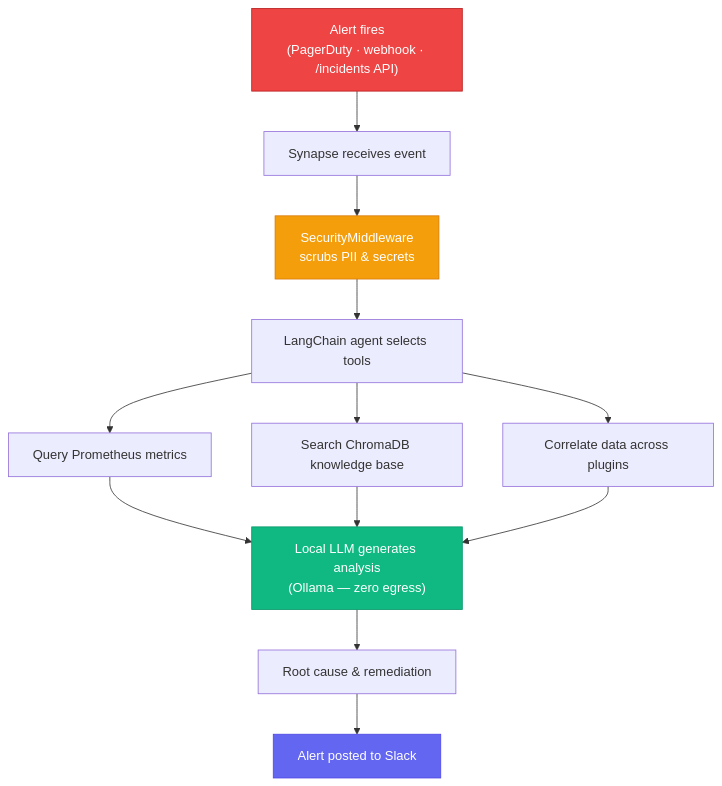
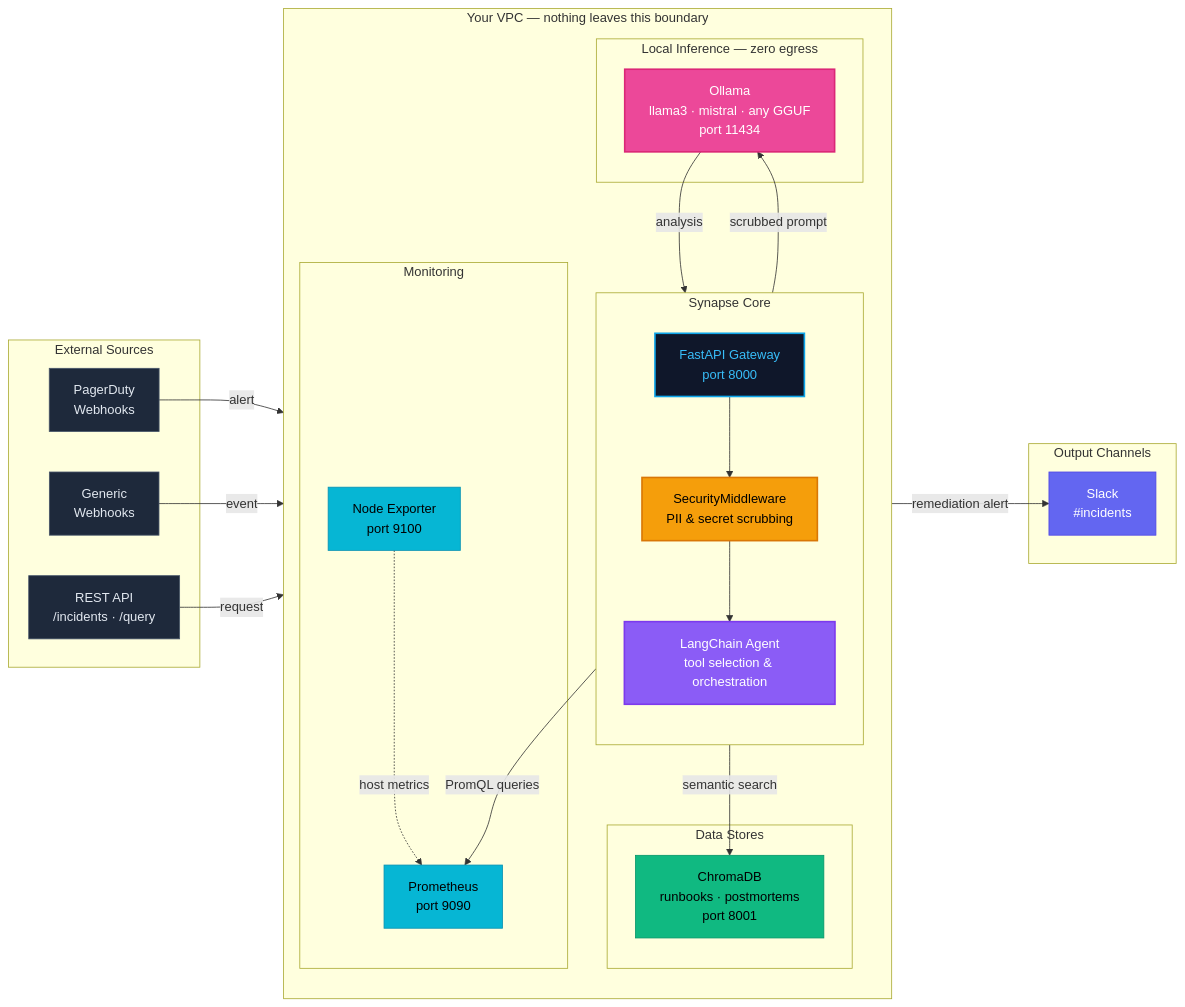
The diagram in README.md (rahulkshinde/synapse), drawn with Mermaid before and after one commit. The commit also changed other lines of this file, not shown here.

````diff
--- a/README.md
+++ b/README.md
@@ -66,19 +73,66 @@
 ```mermaid
-flowchart TD
-    A["Alert fires\n(PagerDuty · webhook · /incidents API)"] --> B["Synapse receives event"]
-    B --> C["SecurityMiddleware\nscrubs PII & secrets"]
-    C --> D["LangChain agent selects tools"]
-    D --> E["Query Prometheus metrics"]
-    D --> F["Search ChromaDB knowledge base"]
-    D --> G["Correlate data across plugins"]
-    E --> H["Local LLM generates analysis\n(Ollama — zero egress)"]
-    F --> H
-    G --> H
-    H --> I["Root cause & remediation"]
-    I --> J["Alert posted to Slack"]
+flowchart LR
+    subgraph EXTERNAL["External Sources"]
+        PD["PagerDuty\nWebhooks"]
+        WH["Generic\nWebhooks"]
+        API["REST API\n/incidents · /query"]
+    end
 
-    style A fill:#ef4444,color:#fff,stroke:#b91c1c
-    style C fill:#f59e0b,color:#fff,stroke:#d97706
-    style H fill:#10b981,color:#fff,stroke:#059669
-    style J fill:#6366f1,color:#fff,stroke:#4f46e5
+    subgraph VPC["Your VPC — nothing leaves this boundary"]
+        direction TB
+
+        subgraph CORE["Synapse Core"]
+            direction TB
+            GW["FastAPI Gateway\nport 8000"]
+            SEC["SecurityMiddleware\nPII & secret scrubbing"]
+            AGENT["LangChain Agent\ntool selection & orchestration"]
+            GW --> SEC --> AGENT
+        end
+
+        subgraph INFRA["Monitoring"]
+            PROM["Prometheus\nport 9090"]
+            NODE["Node Exporter\nport 9100"]
+            NODE -.->|host metrics| PROM
+        end
+
+        subgraph DATA["Data Stores"]
+            CHROMA["ChromaDB\nrunbooks · postmortems\nport 8001"]
+        end
+
+        subgraph LLM["Local Inference — zero egress"]
+            OLLAMA["Ollama\nllama3 · mistral · any GGUF\nport 11434"]
+        end
+
+        AGENT -->|PromQL queries| PROM
+        AGENT -->|semantic search| CHROMA
+        AGENT -->|scrubbed prompt| OLLAMA
+        OLLAMA -->|analysis| AGENT
+    end
+
+    subgraph OUTPUT["Output Channels"]
+        SLACK["Slack\n#incidents"]
+    end
+
+    PD -->|alert| GW
+    WH -->|event| GW
+    API -->|request| GW
+    AGENT -->|remediation alert| SLACK
+
+    classDef external fill:#1e293b,color:#e2e8f0,stroke:#475569,stroke-width:1px
+    classDef core fill:#0f172a,color:#38bdf8,stroke:#0ea5e9,stroke-width:2px
+    classDef security fill:#f59e0b,color:#000,stroke:#d97706,stroke-width:2px
+    classDef agent fill:#8b5cf6,color:#fff,stroke:#7c3aed,stroke-width:2px
+    classDef infra fill:#06b6d4,color:#000,stroke:#0891b2,stroke-width:1px
+    classDef data fill:#10b981,color:#000,stroke:#059669,stroke-width:1px
+    classDef llm fill:#ec4899,color:#fff,stroke:#db2777,stroke-width:2px
+    classDef output fill:#6366f1,color:#fff,stroke:#4f46e5,stroke-width:1px
+
+    class PD,WH,API external
+    class GW core
+    class SEC security
+    class AGENT agent
+    class PROM,NODE infra
+    class CHROMA data
+    class OLLAMA llm
+    class SLACK output
 ```
````
